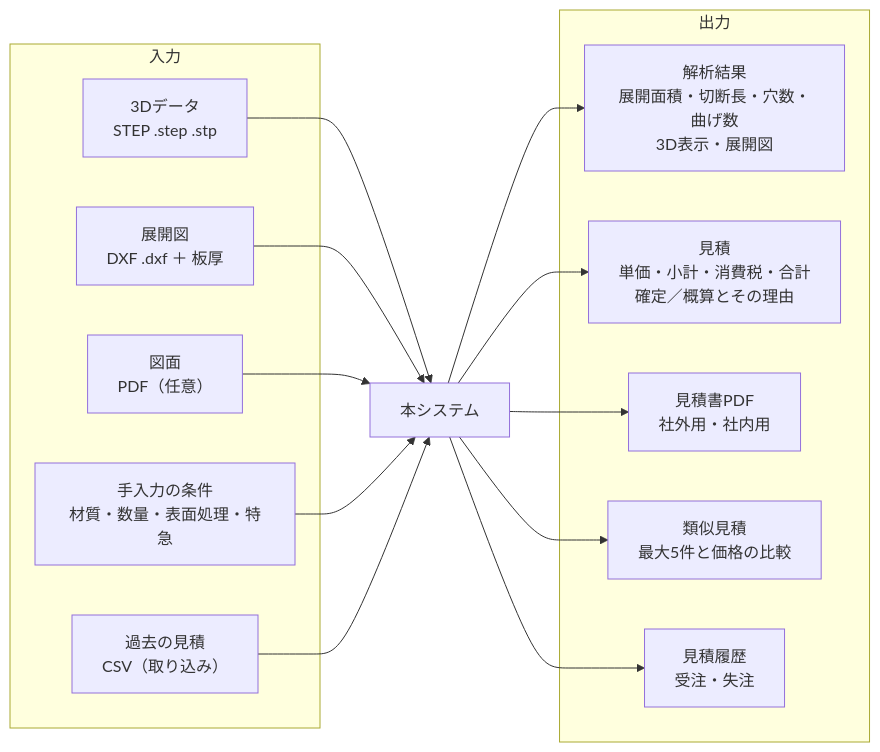
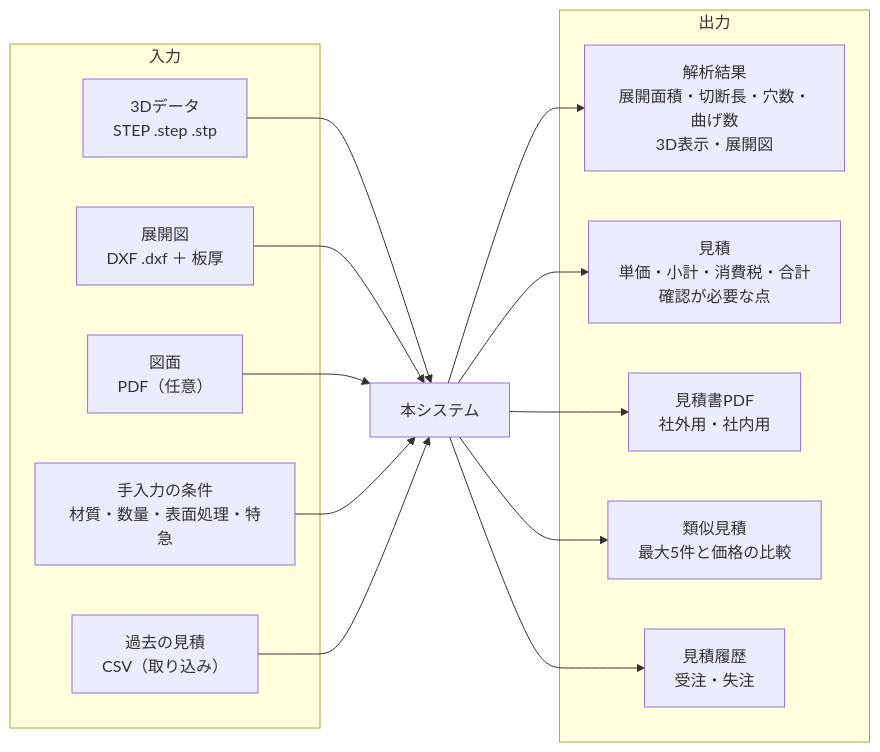
The fourth of 5 diagrams in docs/01_要件定義書.md (1975020t/step_analysis_for_automatic-estimate), drawn with Mermaid before and after one commit. The commit also changed other lines of this file and 67 other files, not shown here.

````diff
--- a/docs/01_要件定義書.md
+++ b/docs/01_要件定義書.md
@@ -110,28 +110,28 @@
 ```mermaid 図 入力と出力
 flowchart LR
   subgraph 入力
     i1[3Dデータ<br/>STEP .step .stp]
     i2[展開図<br/>DXF .dxf ＋ 板厚]
     i3[図面<br/>PDF（任意）]
     i4[手入力の条件<br/>材質・数量・表面処理・特急]
     i5[過去の見積<br/>CSV（取り込み）]
   end
   S[本システム]
   subgraph 出力
     o1[解析結果<br/>展開面積・切断長・穴数・曲げ数<br/>3D表示・展開図]
-    o2[見積<br/>単価・小計・消費税・合計<br/>確定／概算とその理由]
+    o2[見積<br/>単価・小計・消費税・合計<br/>確認が必要な点]
     o3[見積書PDF<br/>社外用・社内用]
     o4[類似見積<br/>最大5件と価格の比較]
     o5[見積履歴<br/>受注・失注]
   end
   i1 --> S
   i2 --> S
   i3 --> S
   i4 --> S
   i5 --> S
   S --> o1
   S --> o2
   S --> o3
   S --> o4
   S --> o5
 ```
````
